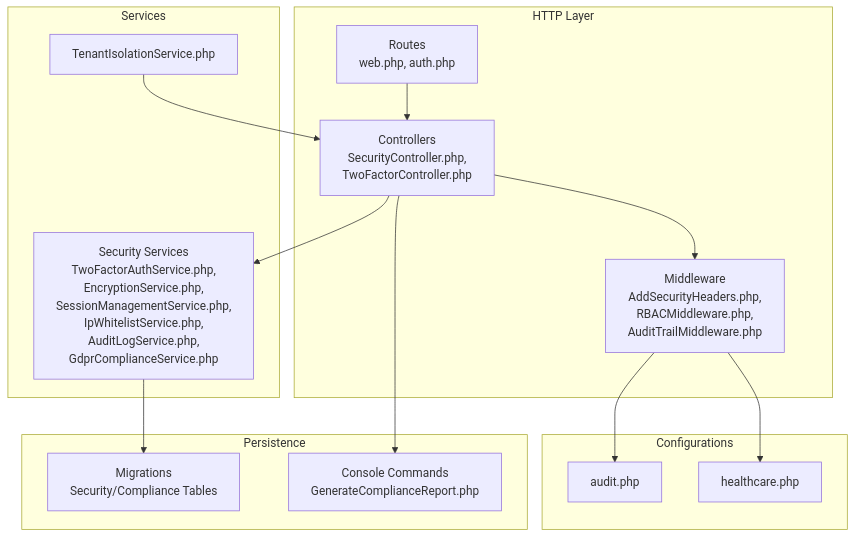
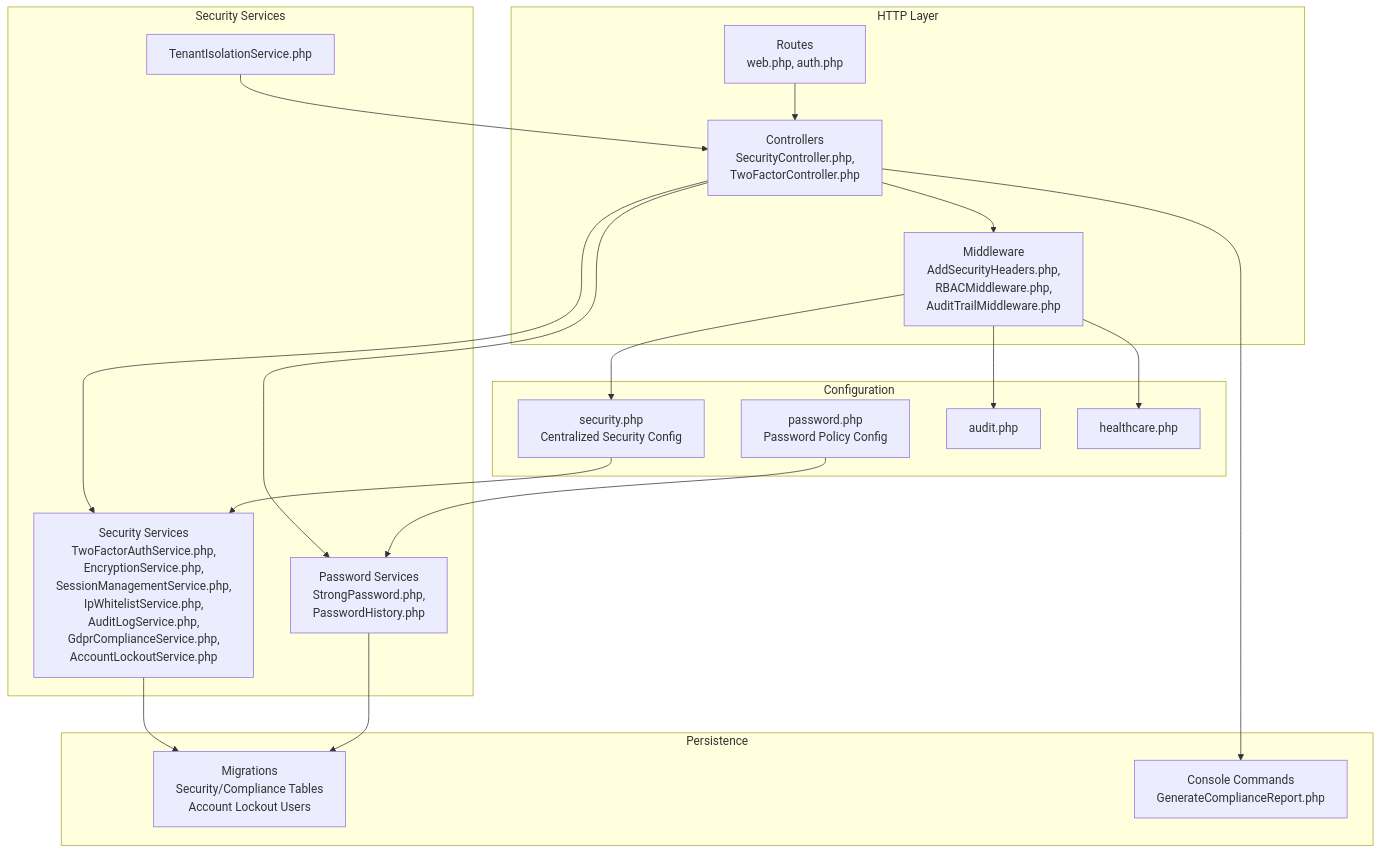
Before and after one commit to wahyudedik/qalcuityERP: the first of 14 diagrams in .qoder/repowiki/en/content/Security & Compliance/Security & Compliance.md, drawn with Mermaid. The commit also changed other lines of this file and 626 other files, not shown here.

````diff
--- a/.qoder/repowiki/en/content/Security & Compliance/Security & Compliance.md
+++ b/.qoder/repowiki/en/content/Security & Compliance/Security & Compliance.md
@@ -50,28 +69,36 @@
 ```mermaid
 graph TB
 subgraph "HTTP Layer"
 Routes["Routes<br/>web.php, auth.php"]
 Controllers["Controllers<br/>SecurityController.php,<br/>TwoFactorController.php"]
 Middleware["Middleware<br/>AddSecurityHeaders.php,<br/>RBACMiddleware.php,<br/>AuditTrailMiddleware.php"]
 end
-subgraph "Services"
-SecSvc["Security Services<br/>TwoFactorAuthService.php,<br/>EncryptionService.php,<br/>SessionManagementService.php,<br/>IpWhitelistService.php,<br/>AuditLogService.php,<br/>GdprComplianceService.php"]
+subgraph "Security Services"
+SecSvc["Security Services<br/>TwoFactorAuthService.php,<br/>EncryptionService.php,<br/>SessionManagementService.php,<br/>IpWhitelistService.php,<br/>AuditLogService.php,<br/>GdprComplianceService.php,<br/>AccountLockoutService.php"]
+PasswordSvc["Password Services<br/>StrongPassword.php,<br/>PasswordHistory.php"]
 TenantIso["TenantIsolationService.php"]
 end
-subgraph "Configurations"
+subgraph "Configuration"
+SecurityCfg["security.php<br/>Centralized Security Config"]
+PasswordCfg["password.php<br/>Password Policy Config"]
 AuditCfg["audit.php"]
 HealthCfg["healthcare.php"]
 end
 subgraph "Persistence"
-Migrations["Migrations<br/>Security/Compliance Tables"]
+Migrations["Migrations<br/>Security/Compliance Tables<br/>Account Lockout Users"]
 Commands["Console Commands<br/>GenerateComplianceReport.php"]
 end
 Routes --> Controllers
 Controllers --> Middleware
 Controllers --> SecSvc
+Controllers --> PasswordSvc
 SecSvc --> Migrations
+PasswordSvc --> Migrations
+Middleware --> SecurityCfg
 Middleware --> AuditCfg
 Middleware --> HealthCfg
 Controllers --> Commands
 TenantIso --> Controllers
+SecurityCfg --> SecSvc
+PasswordCfg --> PasswordSvc
 ```
````
